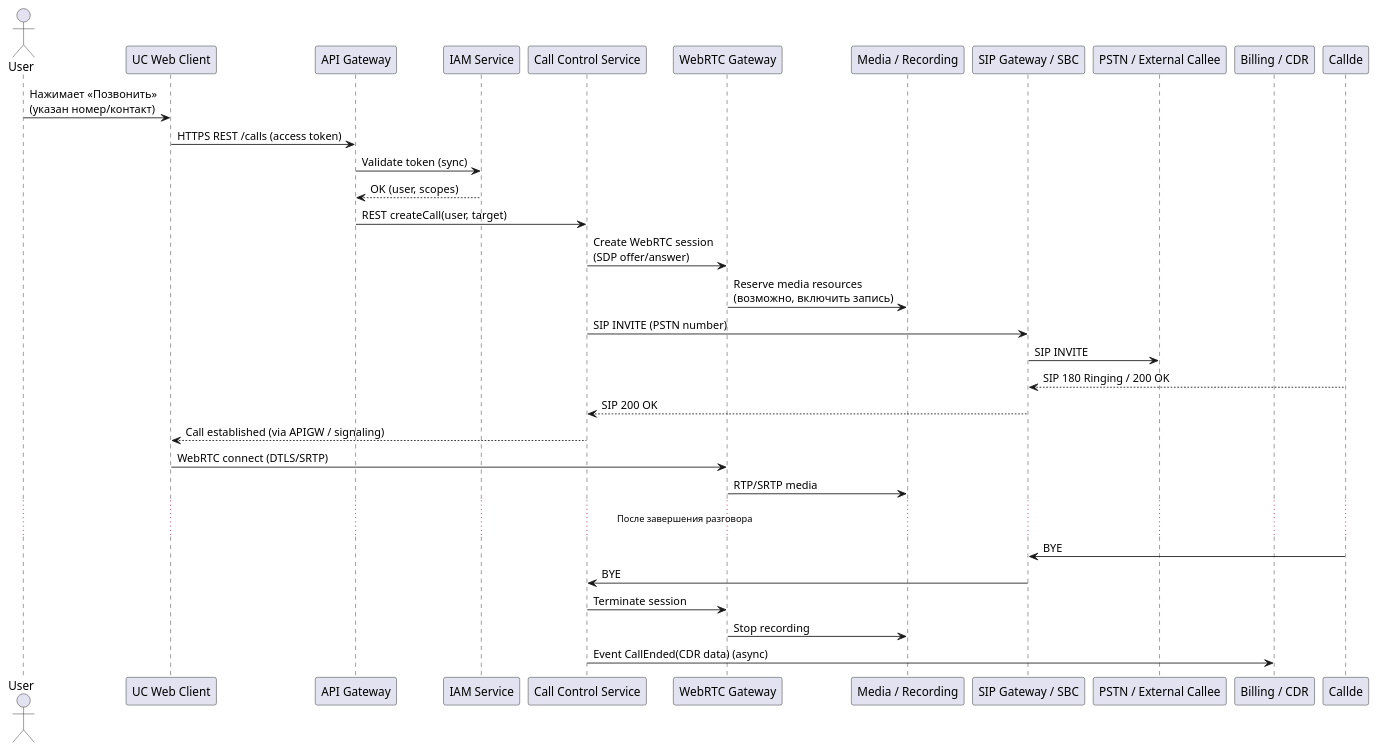
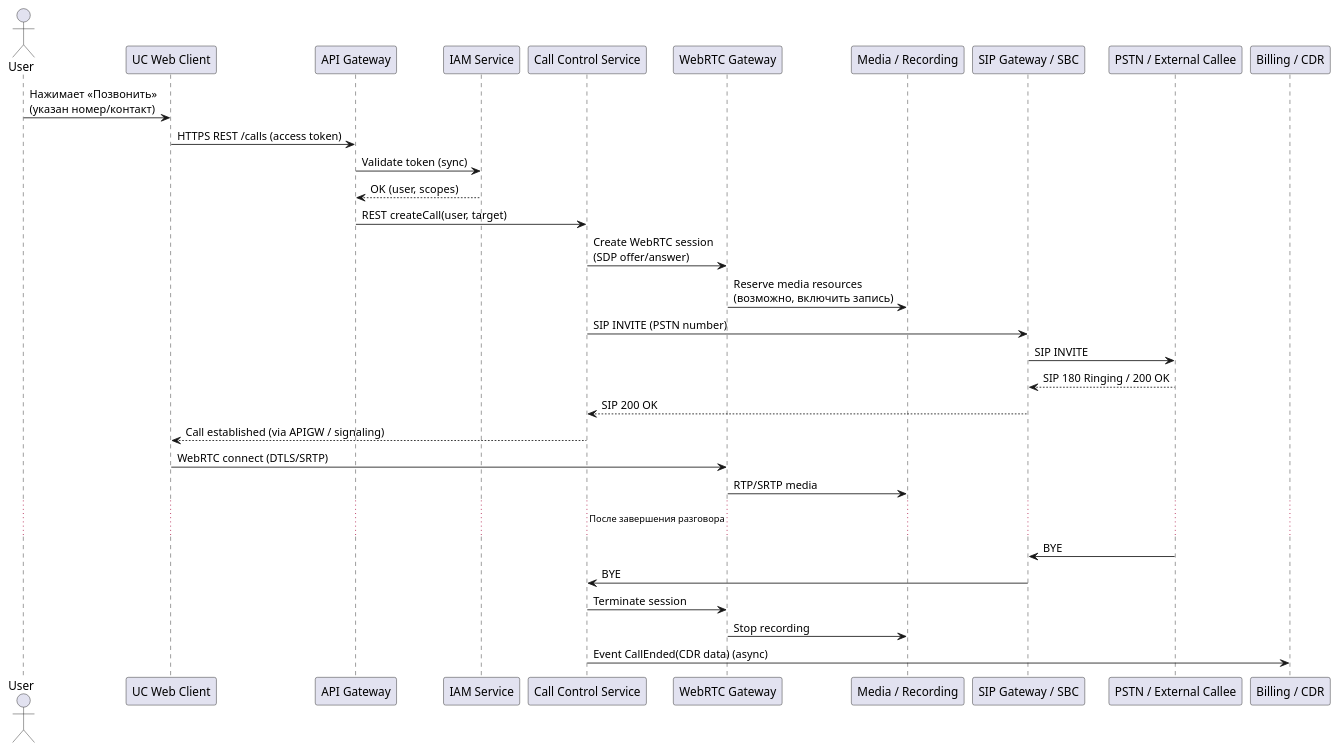
One commit to i-chetvergov/software_architect changed the first of 3 diagrams in _puml/sequences.puml. Above: the diagram before and after it, drawn with PlantUML. The commit also changed 35 other files, not shown here.

```diff
--- a/_puml/sequences.puml
+++ b/_puml/sequences.puml
@@ -1,37 +1,37 @@
 @startuml UC_Seq_Outgoing_Call
 ' Исходящий голосовой вызов (WebRTC / SIP)
 
 actor User as User
 participant "UC Web Client" as Client
 participant "API Gateway" as APIGW
 participant "IAM Service" as IAM
 participant "Call Control Service" as CallControl
 participant "WebRTC Gateway" as WebRTCGW
 participant "Media / Recording" as MediaRec
 participant "SIP Gateway / SBC" as SIPGW
 participant "PSTN / External Callee" as Callee
 participant "Billing / CDR" as Billing
 
 User -> Client : Нажимает «Позвонить»\n(указан номер/контакт)
 Client -> APIGW : HTTPS REST /calls (access token)
 APIGW -> IAM : Validate token (sync)
 IAM --> APIGW : OK (user, scopes)
 APIGW -> CallControl : REST createCall(user, target)
 CallControl -> WebRTCGW : Create WebRTC session\n(SDP offer/answer)
 WebRTCGW -> MediaRec : Reserve media resources\n(возможно, включить запись)
 CallControl -> SIPGW : SIP INVITE (PSTN number)
 SIPGW -> Callee : SIP INVITE
-Callde --> SIPGW : SIP 180 Ringing / 200 OK
+Callee --> SIPGW : SIP 180 Ringing / 200 OK
 SIPGW --> CallControl : SIP 200 OK
 CallControl --> Client : Call established (via APIGW / signaling)
 Client -> WebRTCGW : WebRTC connect (DTLS/SRTP)
 WebRTCGW -> MediaRec : RTP/SRTP media
 
 ... После завершения разговора ...
-Callde -> SIPGW : BYE
+Callee -> SIPGW : BYE
 SIPGW -> CallControl : BYE
 CallControl -> WebRTCGW : Terminate session
 WebRTCGW -> MediaRec : Stop recording
 CallControl -> Billing : Event CallEnded(CDR data) (async)
 
 @enduml
```
